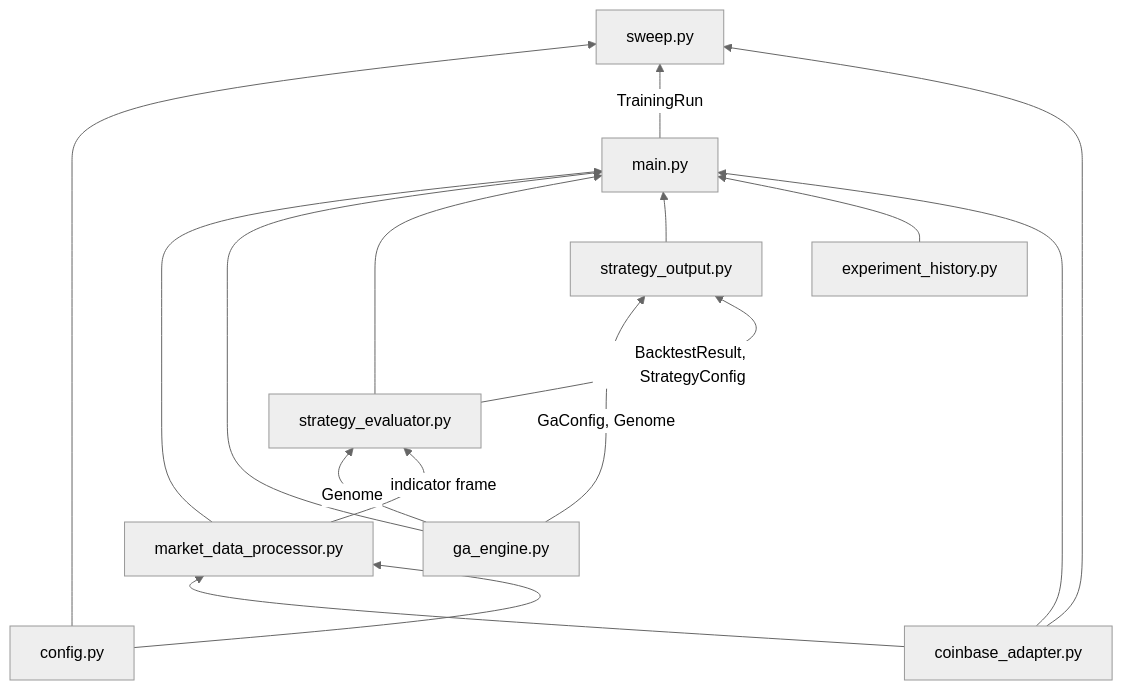
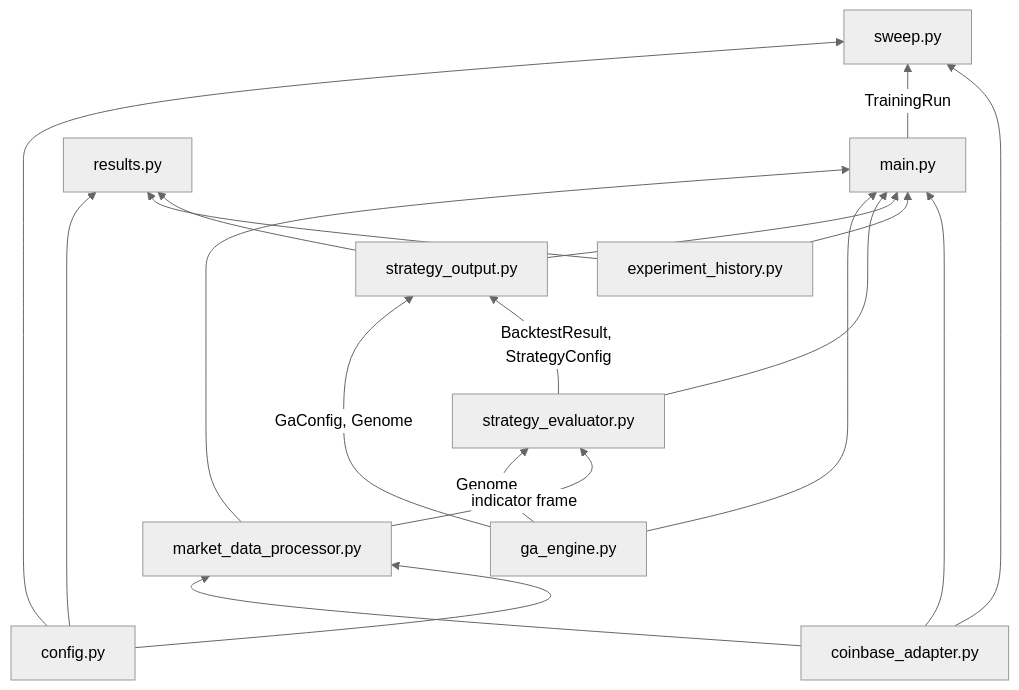
Before and after one commit to brunobrods/hippo: the first of 2 diagrams in coinbase/ga/README.md, drawn with Mermaid (neutral theme). The commit also changed other lines of this file and 5 other files, not shown here.

````diff
--- a/coinbase/ga/README.md
+++ b/coinbase/ga/README.md
@@ -12,28 +12,32 @@
 ```mermaid
 flowchart BT
     ADAPTER[coinbase_adapter.py]
     MDP[market_data_processor.py]
     GA[ga_engine.py]
     SE[strategy_evaluator.py]
     SO[strategy_output.py]
     EH[experiment_history.py]
     CFG[config.py]
     MAIN[main.py]
     SWEEP[sweep.py]
+    RESULTS[results.py]
 
     ADAPTER --> MDP
     CFG --> MDP
     GA -->|Genome| SE
     MDP -->|indicator frame| SE
     GA -->|GaConfig, Genome| SO
     SE -->|BacktestResult, StrategyConfig| SO
     MDP --> MAIN
     GA --> MAIN
     SE --> MAIN
     SO --> MAIN
     EH --> MAIN
     ADAPTER --> MAIN
     CFG --> SWEEP
     MAIN -->|TrainingRun| SWEEP
     ADAPTER --> SWEEP
+    CFG --> RESULTS
+    EH --> RESULTS
+    SO --> RESULTS
 ```
````
